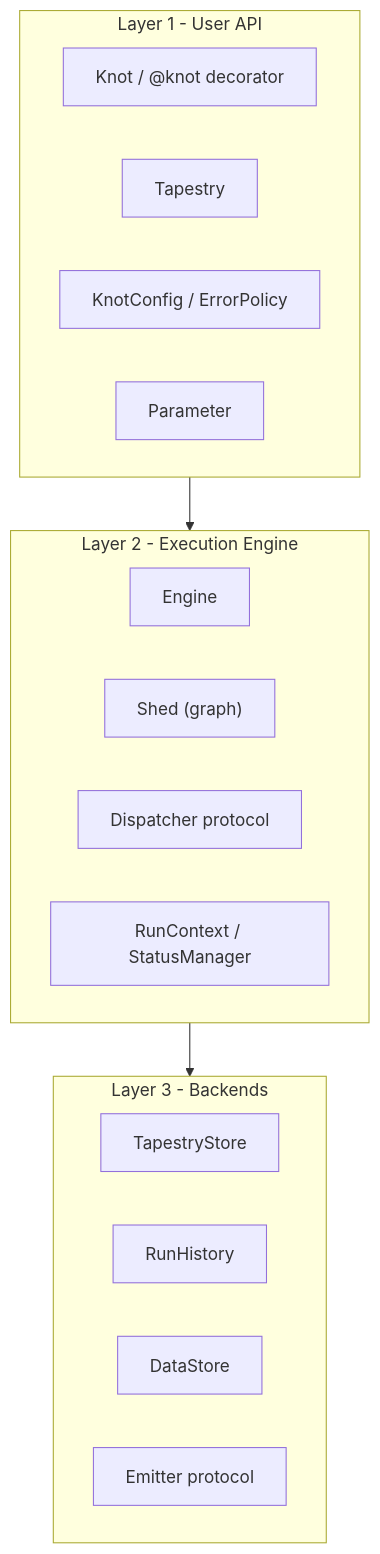
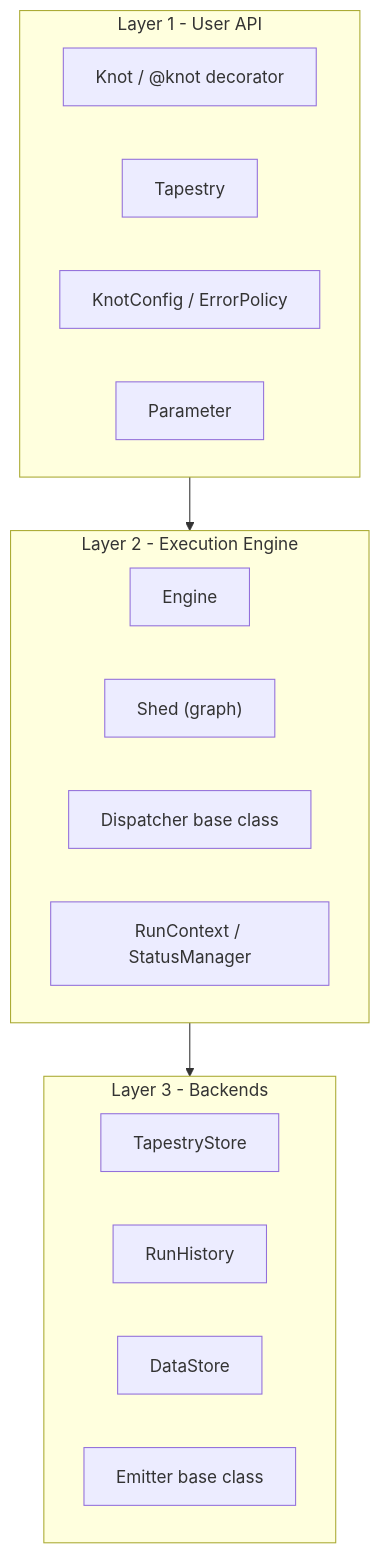
One commit to snoodleboot-io/pirn changed the first of 2 diagrams in docs/architecture/overview.md. Above: the diagram before and after it, drawn with Mermaid. The commit also changed other lines of this file and 2 other files, not shown here.

First line of the commit message:
docs(architecture): reword protocol/ABC language; document 3 extension points (PIR-856)

````diff
--- a/docs/architecture/overview.md
+++ b/docs/architecture/overview.md
@@ -14,26 +14,26 @@
 ```mermaid
 graph TD
     subgraph L1[Layer 1 - User API]
         Knot["Knot / @knot decorator"]
         Tap["Tapestry"]
         Cfg["KnotConfig / ErrorPolicy"]
         Param["Parameter"]
     end
 
     subgraph L2[Layer 2 - Execution Engine]
         Engine["Engine"]
         Shed["Shed (graph)"]
-        Dispatcher["Dispatcher protocol"]
+        Dispatcher["Dispatcher base class"]
         RunCtx["RunContext / StatusManager"]
     end
 
     subgraph L3[Layer 3 - Backends]
         TapStore["TapestryStore"]
         History["RunHistory"]
         DataSt["DataStore"]
-        Emitter["Emitter protocol"]
+        Emitter["Emitter base class"]
     end
 
     L1 --> L2
     L2 --> L3
 ```
````
